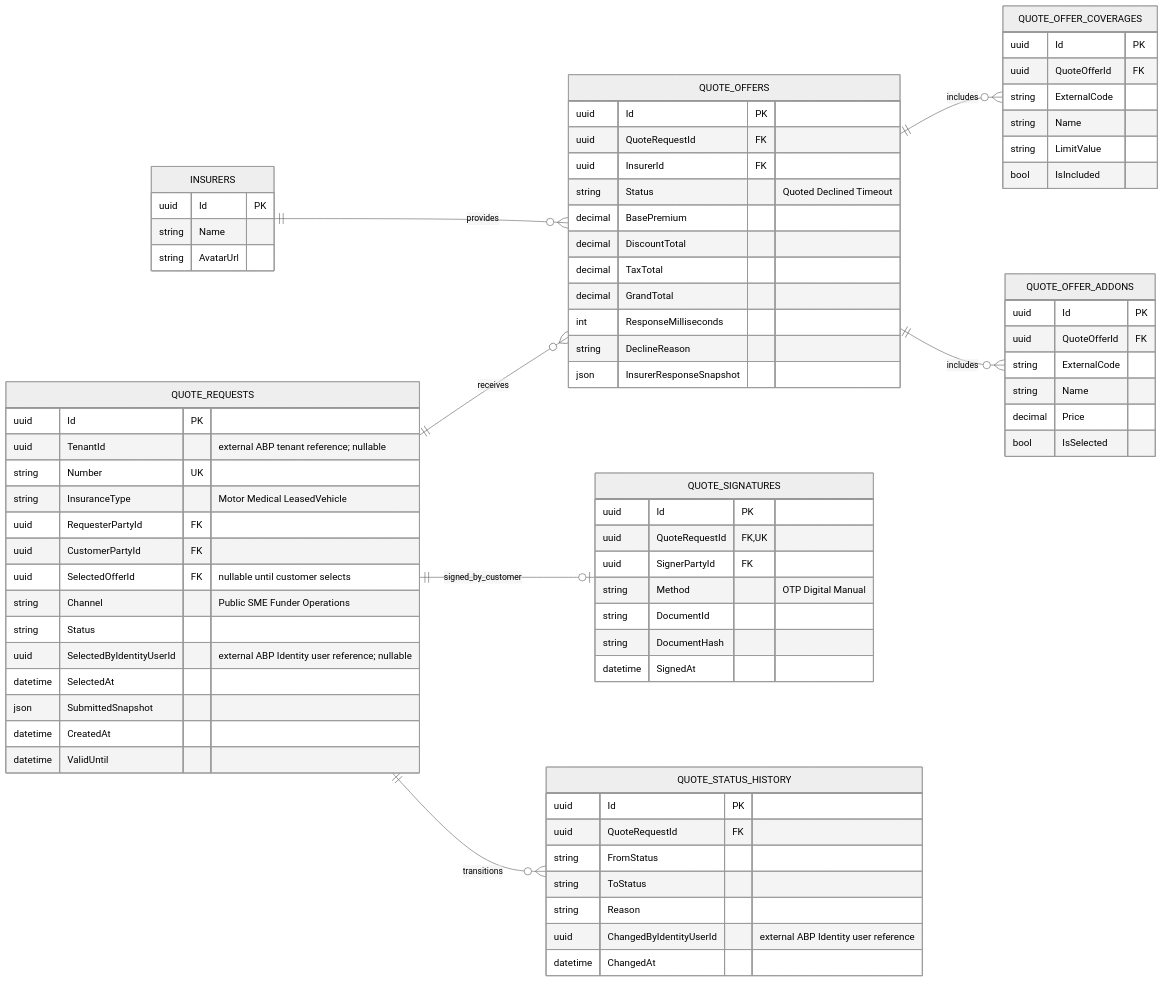
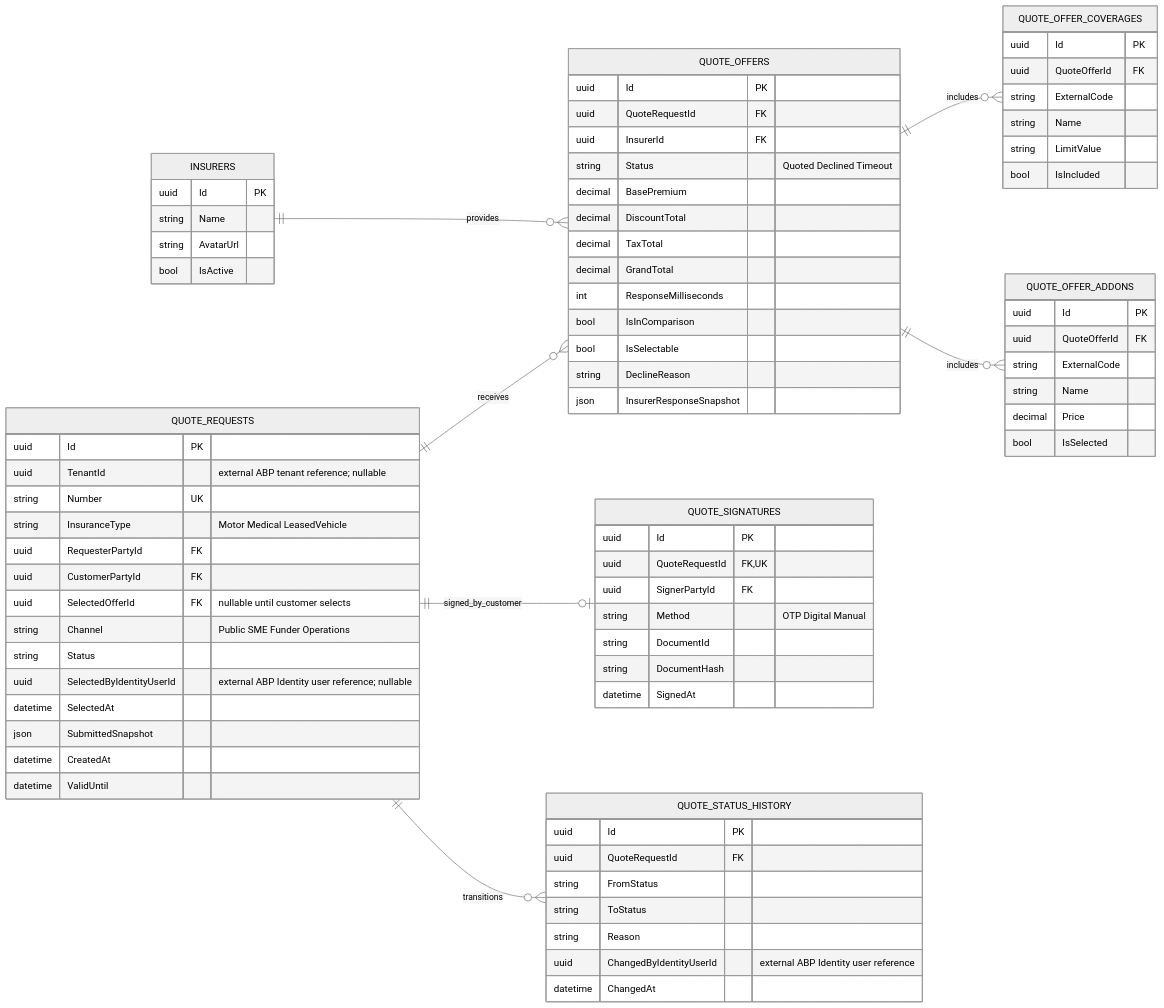
One commit to mahshokral7osam/Thiqatak_UI changed the second of 7 diagrams in docs/Thiqatak.Business-ERD.md. Above: the diagram before and after it, drawn with Mermaid (neutral theme). The commit also changed other lines of this file and 5 other files, not shown here.

Commit message:
feat(erd): integrate Elm/NIC catalogs, ZATCA e-invoicing, business audit logs, and government integration fields

````diff
--- a/docs/Thiqatak.Business-ERD.md
+++ b/docs/Thiqatak.Business-ERD.md
@@ -114,79 +120,82 @@
 ```mermaid
 erDiagram
     direction LR
     INSURERS ||--o{ QUOTE_OFFERS : provides
     QUOTE_REQUESTS ||--o{ QUOTE_OFFERS : receives
     QUOTE_OFFERS ||--o{ QUOTE_OFFER_COVERAGES : includes
     QUOTE_OFFERS ||--o{ QUOTE_OFFER_ADDONS : includes
     QUOTE_REQUESTS ||--o| QUOTE_SIGNATURES : signed_by_customer
     QUOTE_REQUESTS ||--o{ QUOTE_STATUS_HISTORY : transitions
 
     INSURERS {
         uuid Id PK
         string Name
         string AvatarUrl
+        bool IsActive
     }
     QUOTE_REQUESTS {
         uuid Id PK
         uuid TenantId "external ABP tenant reference; nullable"
         string Number UK
         string InsuranceType "Motor Medical LeasedVehicle"
         uuid RequesterPartyId FK
         uuid CustomerPartyId FK
         uuid SelectedOfferId FK "nullable until customer selects"
         string Channel "Public SME Funder Operations"
         string Status
         uuid SelectedByIdentityUserId "external ABP Identity user reference; nullable"
         datetime SelectedAt
         json SubmittedSnapshot
         datetime CreatedAt
         datetime ValidUntil
     }
     QUOTE_OFFERS {
         uuid Id PK
         uuid QuoteRequestId FK
         uuid InsurerId FK
         string Status "Quoted Declined Timeout"
         decimal BasePremium
         decimal DiscountTotal
         decimal TaxTotal
         decimal GrandTotal
         int ResponseMilliseconds
+        bool IsInComparison
+        bool IsSelectable
         string DeclineReason
         json InsurerResponseSnapshot
     }
     QUOTE_OFFER_COVERAGES {
         uuid Id PK
         uuid QuoteOfferId FK
         string ExternalCode
         string Name
         string LimitValue
         bool IsIncluded
     }
     QUOTE_OFFER_ADDONS {
         uuid Id PK
         uuid QuoteOfferId FK
         string ExternalCode
         string Name
         decimal Price
         bool IsSelected
     }
     QUOTE_SIGNATURES {
         uuid Id PK
         uuid QuoteRequestId FK, UK
         uuid SignerPartyId FK
         string Method "OTP Digital Manual"
         string DocumentId
         string DocumentHash
         datetime SignedAt
     }
     QUOTE_STATUS_HISTORY {
         uuid Id PK
         uuid QuoteRequestId FK
         string FromStatus
         string ToStatus
         string Reason
         uuid ChangedByIdentityUserId "external ABP Identity user reference"
         datetime ChangedAt
     }
 ```
````
